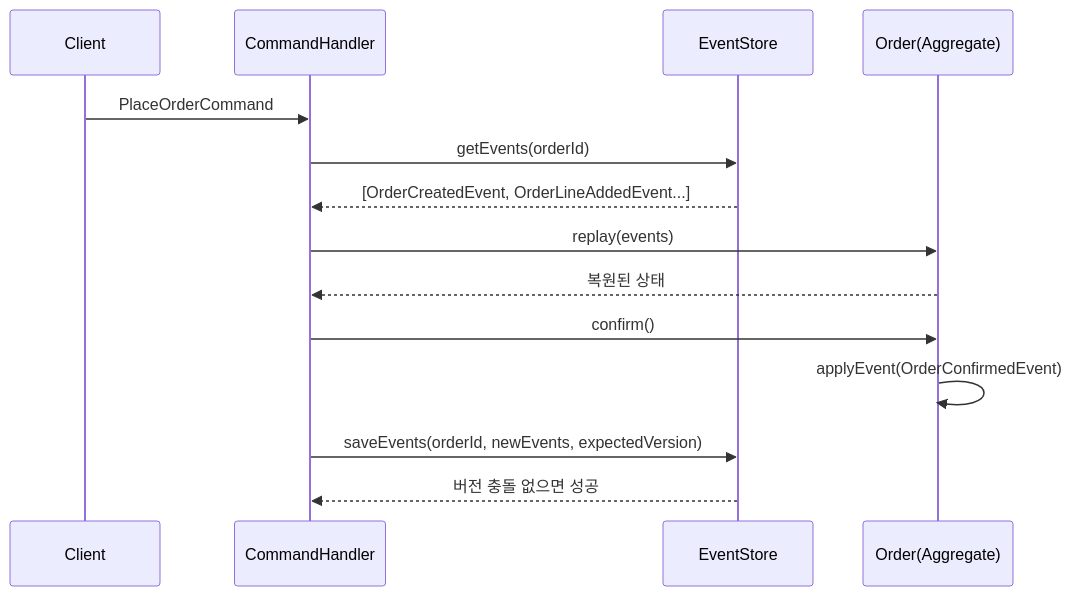
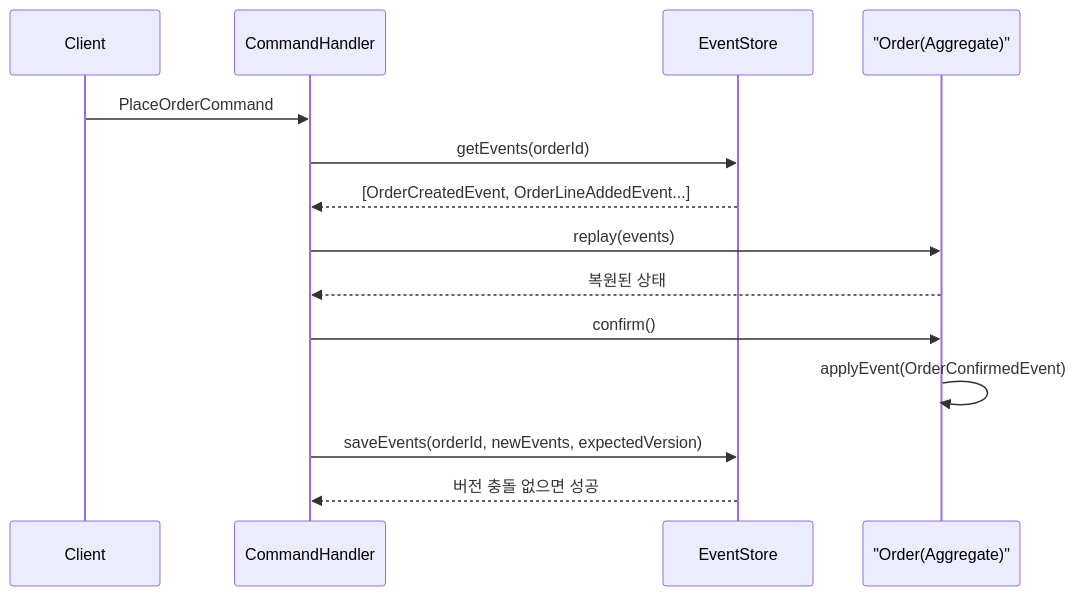
Before and after one commit to 42jerrykim/42jerrykim.github.io: the second of 2 diagrams in content/collection/design-patterns/20-ddd-design-patterns-practice/index.md, drawn with Mermaid. The commit also changed other lines of this file and 41 other files, not shown here.

````diff
--- a/content/collection/design-patterns/20-ddd-design-patterns-practice/index.md
+++ b/content/collection/design-patterns/20-ddd-design-patterns-practice/index.md
@@ -391,17 +571,17 @@
 ```mermaid
 sequenceDiagram
     participant Client
     participant CommandHandler
     participant EventStore
-    participant Order as Order(Aggregate)
+    participant Order as "Order(Aggregate)"
 
     Client->>CommandHandler: PlaceOrderCommand
     CommandHandler->>EventStore: getEvents(orderId)
     EventStore-->>CommandHandler: [OrderCreatedEvent, OrderLineAddedEvent...]
     CommandHandler->>Order: replay(events)
     Order-->>CommandHandler: 복원된 상태
     CommandHandler->>Order: confirm()
     Order->>Order: applyEvent(OrderConfirmedEvent)
     CommandHandler->>EventStore: saveEvents(orderId, newEvents, expectedVersion)
     EventStore-->>CommandHandler: 버전 충돌 없으면 성공
 ```
````
